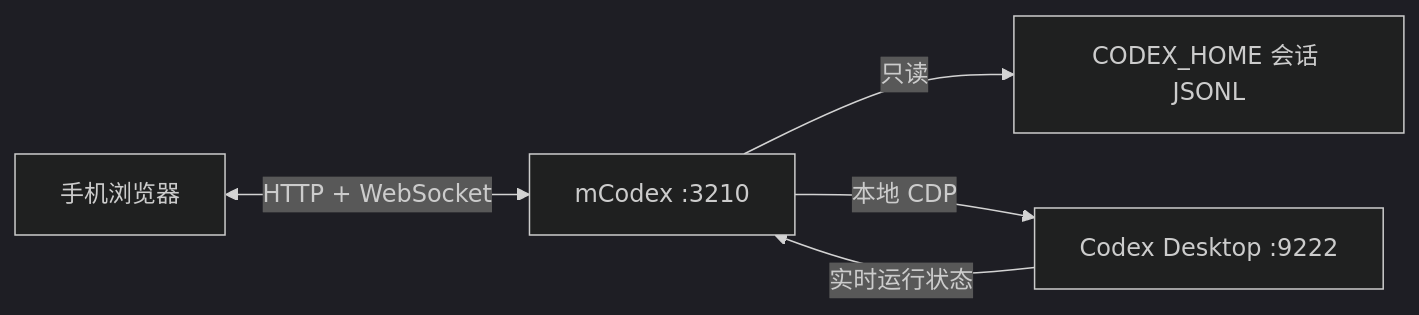
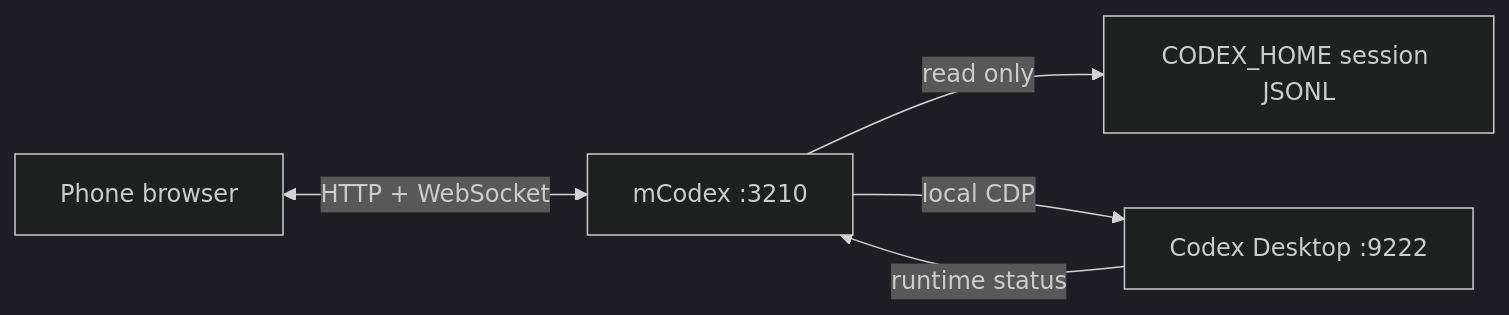
One commit to supermancantfly007/mCodex changed the diagram in README.md. Above: the diagram before and after it, drawn with Mermaid (dark theme). The commit also changed other lines of this file and 3 other files, not shown here.

````diff
--- a/README.md
+++ b/README.md
@@ -22,7 +33,7 @@
 ```mermaid
 flowchart LR
-    phone["手机浏览器"] <-->|HTTP + WebSocket| bridge["mCodex :3210"]
-    bridge -->|只读| files["CODEX_HOME 会话 JSONL"]
-    bridge -->|本地 CDP| desktop["Codex Desktop :9222"]
-    desktop -->|实时运行状态| bridge
+    phone["Phone browser"] <-->|HTTP + WebSocket| bridge["mCodex :3210"]
+    bridge -->|read only| files["CODEX_HOME session JSONL"]
+    bridge -->|local CDP| desktop["Codex Desktop :9222"]
+    desktop -->|runtime status| bridge
 ```
````
